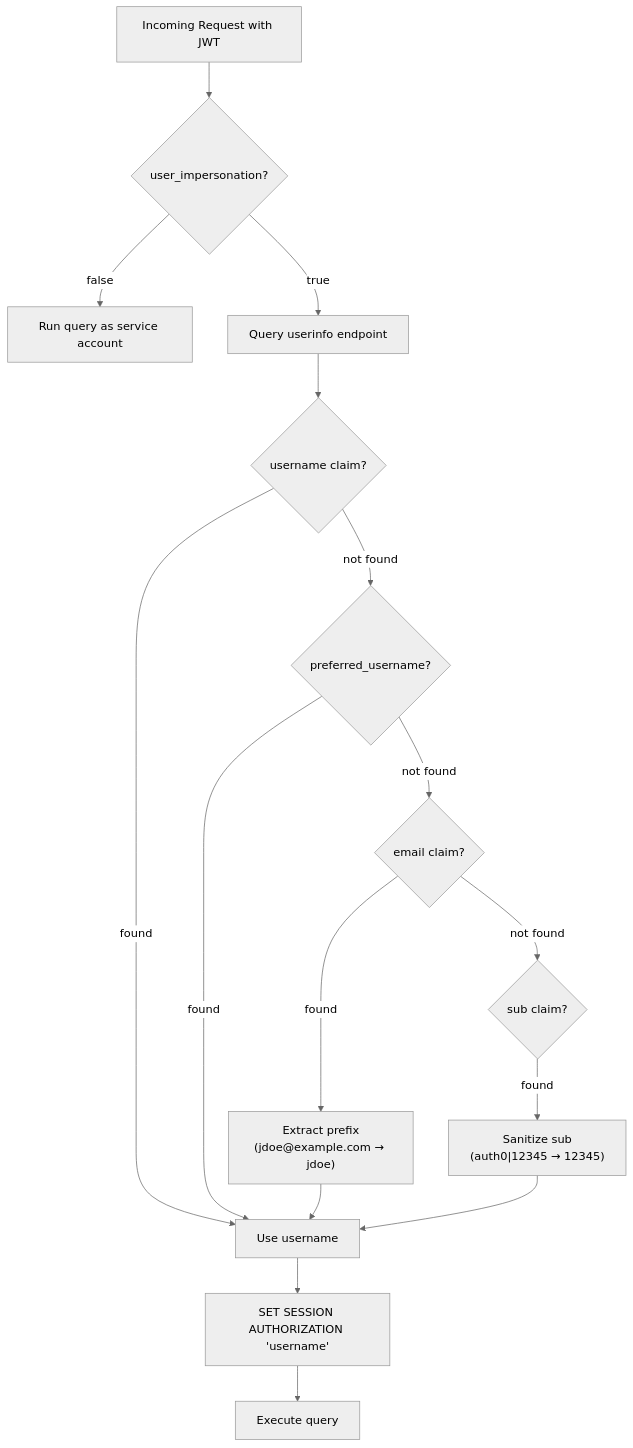
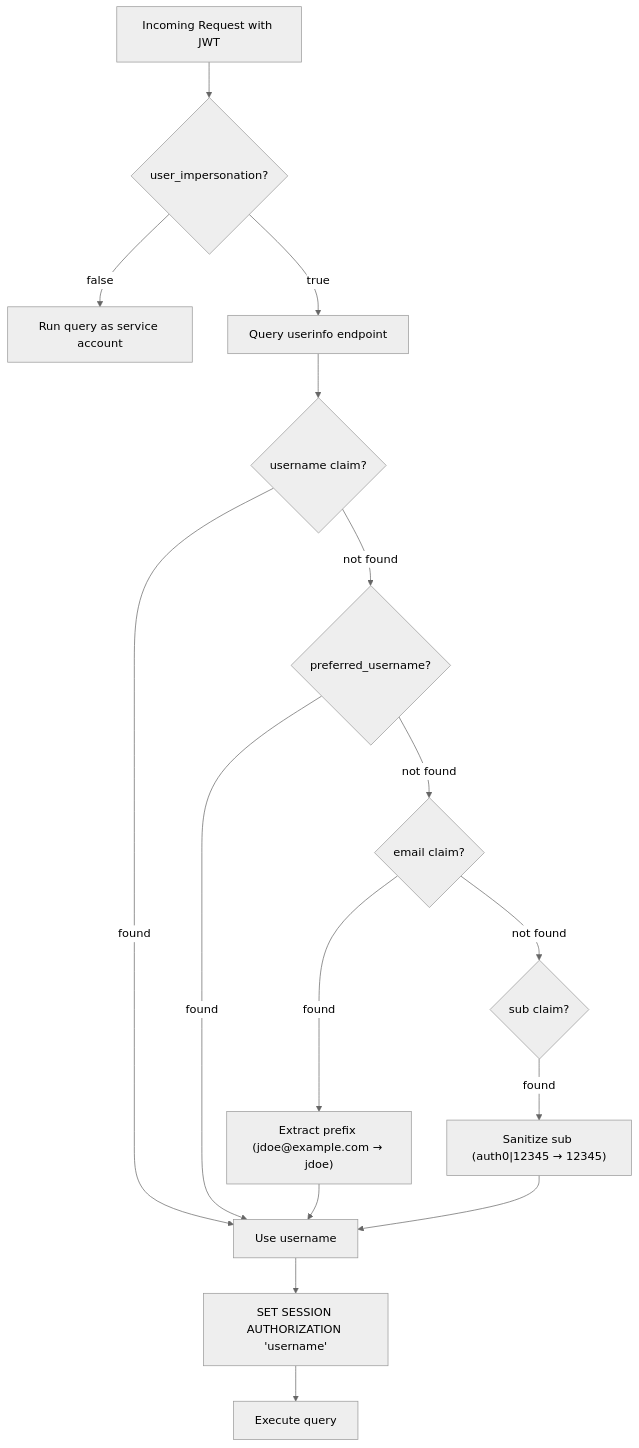
One commit to ActianCorp/mcp-server-docs changed the second of 2 diagrams in docs/authentication/index.md. Above: the diagram before and after it, drawn with Mermaid (neutral theme). The commit also changed other lines of this file and 2 other files, not shown here.

````diff
--- a/docs/authentication/index.md
+++ b/docs/authentication/index.md
@@ -95,18 +93,18 @@
 ```mermaid
 flowchart TD
     A[Incoming Request with JWT] --> B{user_impersonation?}
     B -- false --> C[Run query as service account]
     B -- true --> D[Query userinfo endpoint]
     D --> E{username claim?}
     E -- found --> K[Use username]
     E -- not found --> F{preferred_username?}
     F -- found --> K
     F -- not found --> G{email claim?}
-    G -- found --> H["Extract prefix<br/>(jdoe@example.com → jdoe)"]
+    G -- found --> H["Extract prefix (jdoe@example.com → jdoe)"]
     H --> K
     G -- not found --> I{sub claim?}
-    I -- found --> J["Sanitize sub<br/>(auth0|12345 → 12345)"]
+    I -- found --> J["Sanitize sub (auth0|12345 → 12345)"]
     J --> K
     K --> L["SET SESSION AUTHORIZATION 'username'"]
     L --> M[Execute query]
 ```
````
